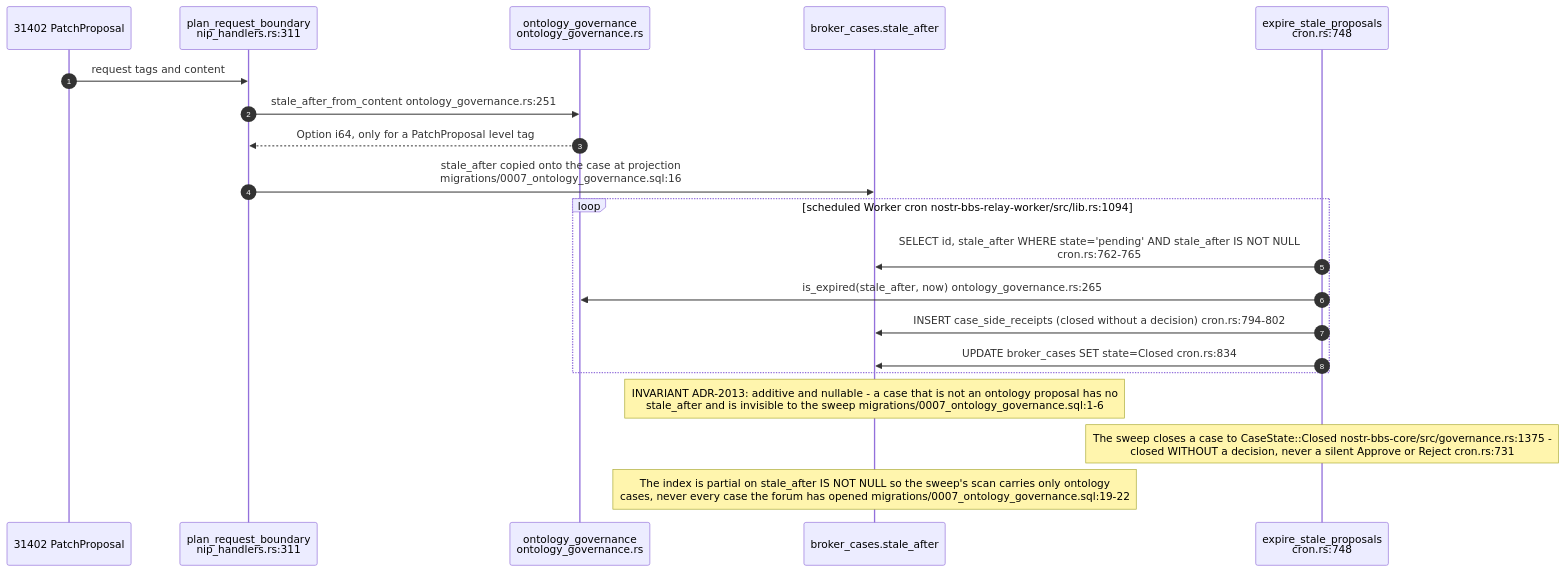
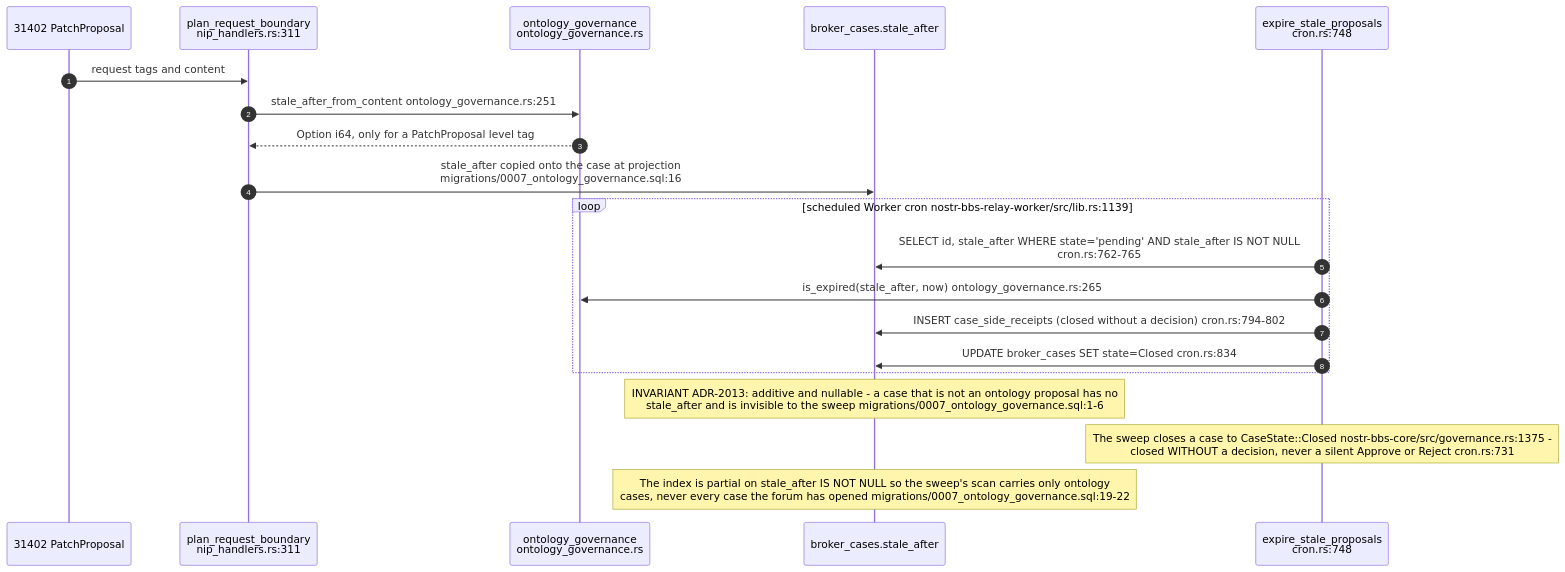
Diagram 14 of 16 in docs/diagrams/nostr-rust-forum/06-agent-control-surface-31400-31405.md (DreamLab-AI/VisionFlow), drawn with Mermaid before and after one commit. The commit also changed other lines of this file and 26 other files, not shown here.

First line of the commit message:
docs(diagrams): re-verify solid-pod-rs, nostr-rust-forum and visionclaw 22/36 against HEAD

````diff
--- a/docs/diagrams/nostr-rust-forum/06-agent-control-surface-31400-31405.md
+++ b/docs/diagrams/nostr-rust-forum/06-agent-control-surface-31400-31405.md
@@ -384,25 +384,25 @@
 ```mermaid
 sequenceDiagram
     autonumber
     participant REQ as 31402 PatchProposal
     participant PB as plan_request_boundary<br/>nip_handlers.rs:311
     participant OG as ontology_governance<br/>ontology_governance.rs
     participant DB as broker_cases.stale_after
     participant CRON as expire_stale_proposals<br/>cron.rs:748
 
     REQ->>PB: request tags and content
     PB->>OG: stale_after_from_content ontology_governance.rs:251
     OG-->>PB: Option i64, only for a PatchProposal level tag
     PB->>DB: stale_after copied onto the case at projection<br/>migrations/0007_ontology_governance.sql:16
 
-    loop scheduled Worker cron nostr-bbs-relay-worker/src/lib.rs:1094
+    loop scheduled Worker cron nostr-bbs-relay-worker/src/lib.rs:1139
         CRON->>DB: SELECT id, stale_after WHERE state='pending' AND stale_after IS NOT NULL<br/>cron.rs:762-765
         CRON->>OG: is_expired(stale_after, now) ontology_governance.rs:265
         CRON->>DB: INSERT case_side_receipts (closed without a decision) cron.rs:794-802
         CRON->>DB: UPDATE broker_cases SET state=Closed cron.rs:834
     end
 
     Note over DB: INVARIANT ADR-2013: additive and nullable - a case that is not an ontology proposal has no<br/>stale_after and is invisible to the sweep migrations/0007_ontology_governance.sql:1-6
     Note over CRON: The sweep closes a case to CaseState::Closed nostr-bbs-core/src/governance.rs:1375 -<br/>closed WITHOUT a decision, never a silent Approve or Reject cron.rs:731
     Note over DB: The index is partial on stale_after IS NOT NULL so the sweep's scan carries only ontology<br/>cases, never every case the forum has opened migrations/0007_ontology_governance.sql:19-22
 ```
````
